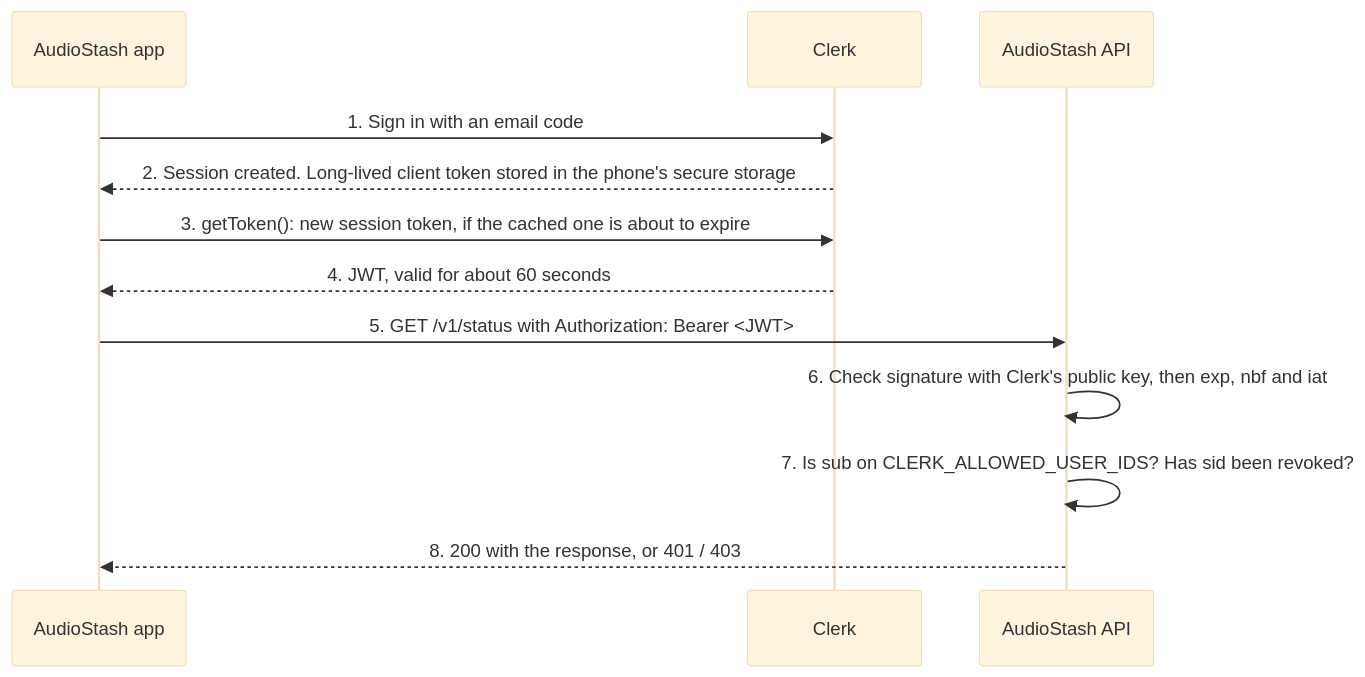
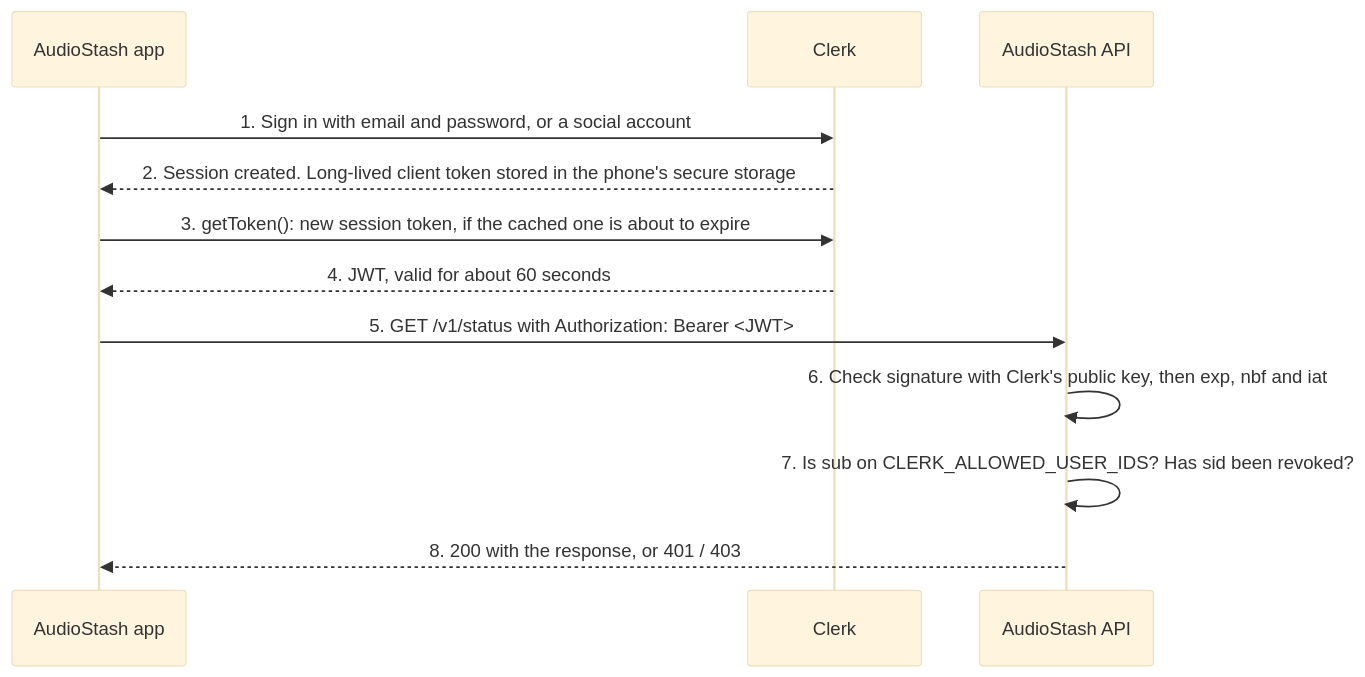
One commit to MichaelChung888/AudioStash changed the diagram in docs/learning/auth.md. Above: the diagram before and after it, drawn with Mermaid (base theme). The commit also changed other lines of this file and 6 other files, not shown here.

Commit message:
feat(login): updated custom login page to login via email password, or via OAuth providers. If password forgotten then email resetCode flow to reset password

````diff
--- a/docs/learning/auth.md
+++ b/docs/learning/auth.md
@@ -41,15 +41,15 @@
 ```mermaid
 sequenceDiagram
     participant Phone as AudioStash app
     participant Clerk
     participant API as AudioStash API
 
-    Phone->>Clerk: 1. Sign in with an email code
+    Phone->>Clerk: 1. Sign in with email and password, or a social account
     Clerk-->>Phone: 2. Session created. Long-lived client token stored in the phone's secure storage
     Phone->>Clerk: 3. getToken(): new session token, if the cached one is about to expire
     Clerk-->>Phone: 4. JWT, valid for about 60 seconds
     Phone->>API: 5. GET /v1/status with Authorization: Bearer <JWT>
     API->>API: 6. Check signature with Clerk's public key, then exp, nbf and iat
     API->>API: 7. Is sub on CLERK_ALLOWED_USER_IDS? Has sid been revoked?
     API-->>Phone: 8. 200 with the response, or 401 / 403
 ```
````
